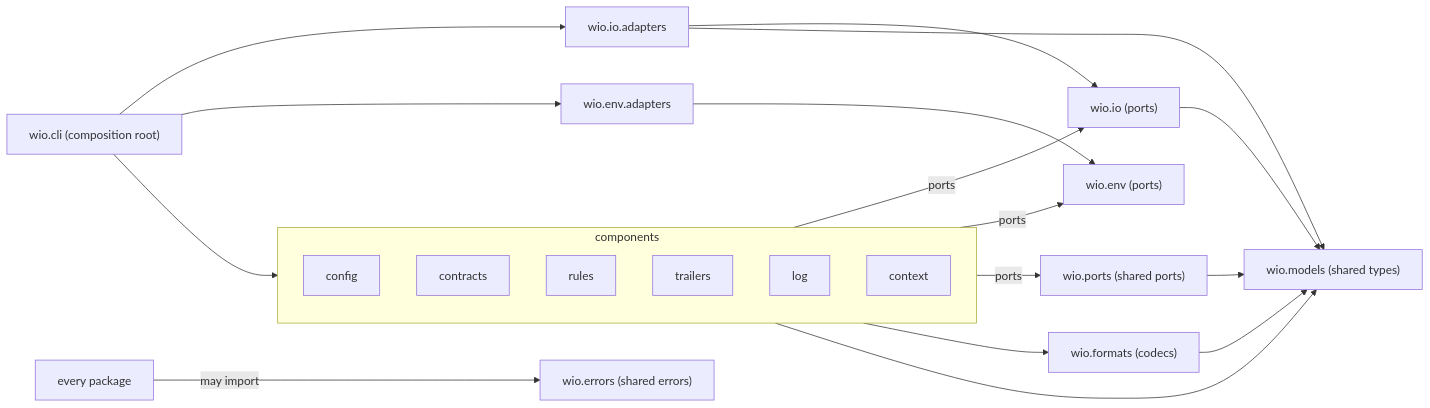
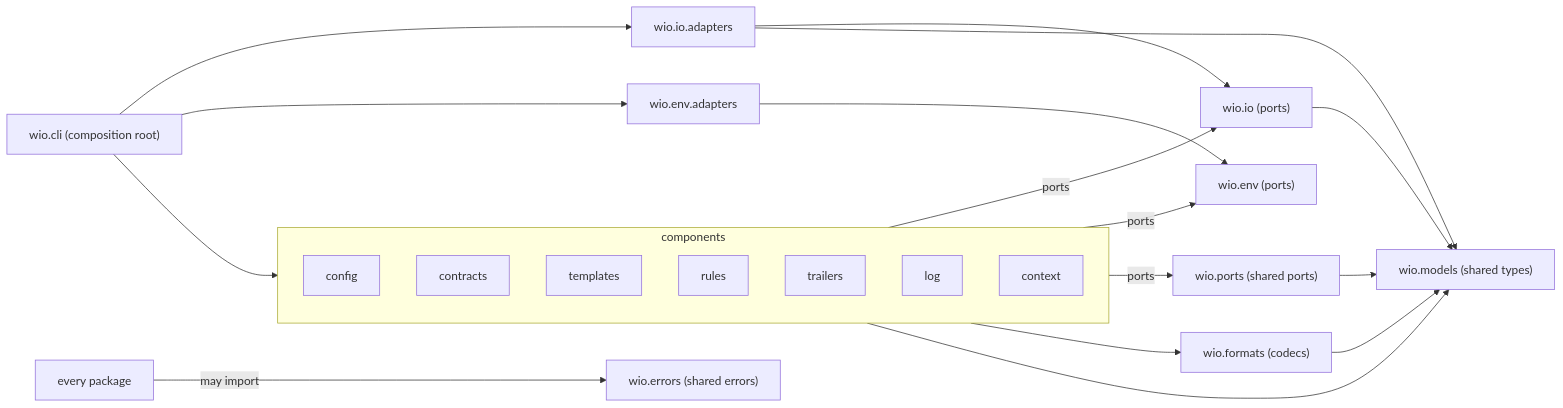
One commit to msitarz/wio changed the diagram in src/wio/README.md. Above: the diagram before and after it, drawn with Mermaid. The commit also changed other lines of this file and 11 other files, not shown here.

````diff
--- a/src/wio/README.md
+++ b/src/wio/README.md
@@ -39,36 +39,37 @@
 ```mermaid
 flowchart LR
     cli["wio.cli (composition root)"]
     subgraph components
         config
         contracts
+        templates
         rules
         trailers
         log
         context
     end
     ioadapters["wio.io.adapters"]
     io["wio.io (ports)"]
     envadapters["wio.env.adapters"]
     env["wio.env (ports)"]
     sharedports["wio.ports (shared ports)"]
     formats["wio.formats (codecs)"]
     models["wio.models (shared types)"]
     errors["wio.errors (shared errors)"]
     every["every package"]
     every -- "may import" --> errors
     cli --> components
     cli --> ioadapters
     cli --> envadapters
     ioadapters --> io
     ioadapters --> models
     envadapters --> env
     components -- "ports" --> io
     components -- "ports" --> env
     components -- "ports" --> sharedports
     components --> formats
     components --> models
     formats --> models
     io --> models
     sharedports --> models
 ```
````
